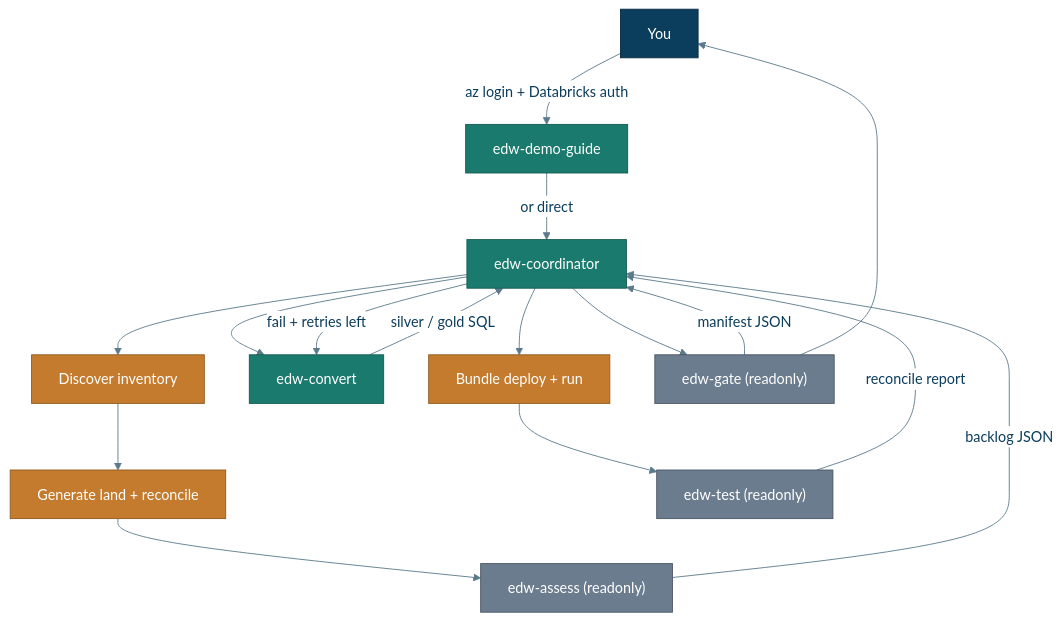
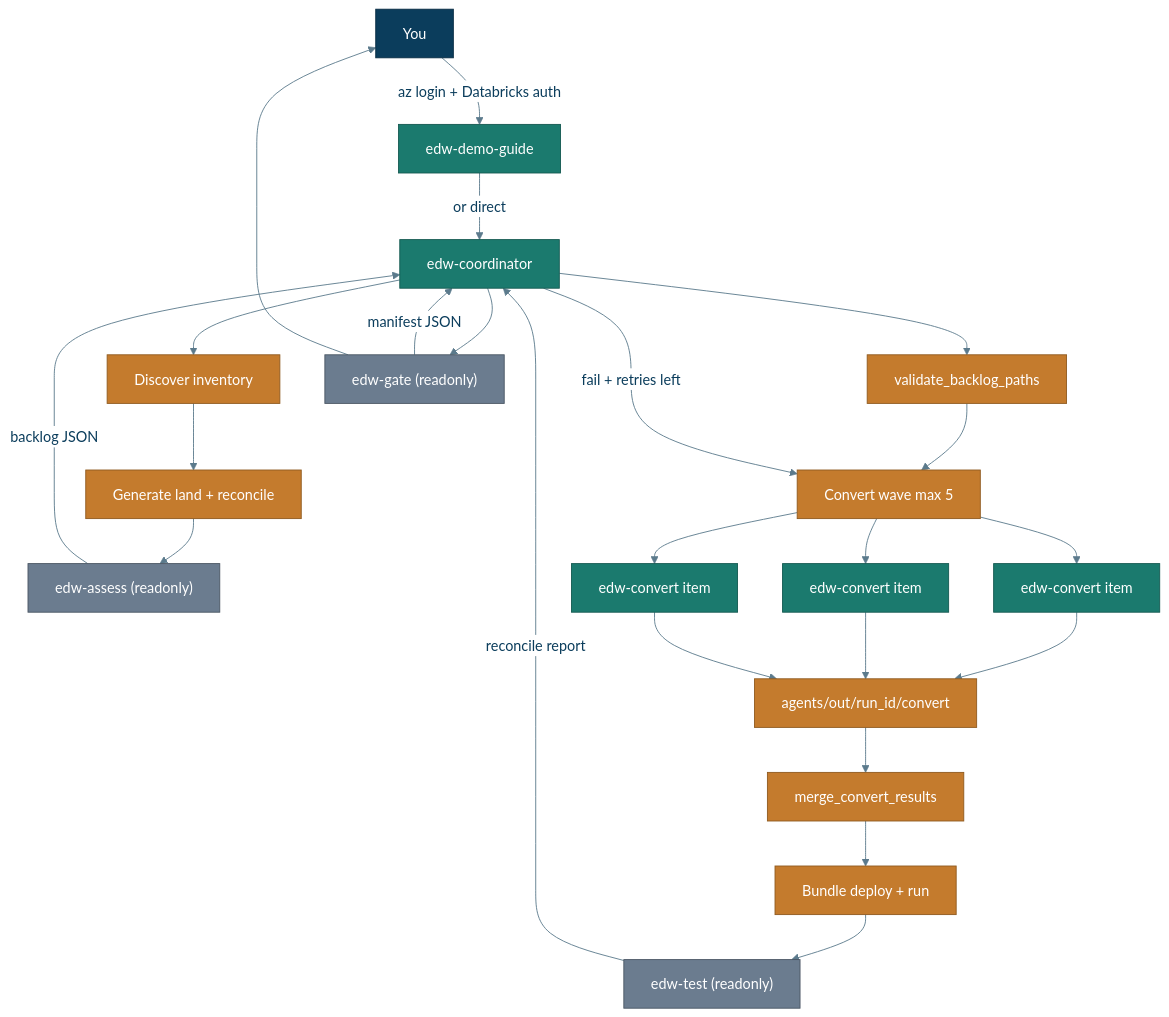
Before and after one commit to Jericho2010/edwmigration: the diagram in docs/img/agent_delegation.mmd, drawn with Mermaid. The commit also changed 56 other files, not shown here.

First line of the commit message:
Add parallel Convert fan-out, kickoff-first preflight, and path guards.

```diff
--- a/docs/img/agent_delegation.mmd
+++ b/docs/img/agent_delegation.mmd
@@ -1,27 +1,34 @@
 %%{init: {"theme":"base","themeVariables":{"primaryColor":"#E8F1F8","primaryTextColor":"#0B3D5C","primaryBorderColor":"#0B3D5C","lineColor":"#5B7A8C","secondaryColor":"#E6F4F1","tertiaryColor":"#F7F3EA","background":"#FFFFFF","mainBkg":"#E8F1F8","clusterBkg":"#F7FAFC","clusterBorder":"#5B7A8C","titleColor":"#0B3D5C","edgeLabelBackground":"#FFFFFF"}}}%%
 flowchart TD
   User["You"] -->|"az login + Databricks auth"| Guide["edw-demo-guide"]
   Guide -->|"or direct"| Coord["edw-coordinator"]
   Coord --> Discover["Discover inventory"]
   Discover --> Generate["Generate land + reconcile"]
   Generate --> Assess["edw-assess (readonly)"]
   Assess -->|"backlog JSON"| Coord
-  Coord --> Convert["edw-convert"]
-  Convert -->|"silver / gold SQL"| Coord
-  Coord --> DeployRun["Bundle deploy + run"]
+  Coord --> Validate["validate_backlog_paths"]
+  Validate --> Wave["Convert wave max 5"]
+  Wave --> C1["edw-convert item"]
+  Wave --> C2["edw-convert item"]
+  Wave --> Cn["edw-convert item"]
+  C1 --> Results["agents/out/run_id/convert"]
+  C2 --> Results
+  Cn --> Results
+  Results --> Merge["merge_convert_results"]
+  Merge --> DeployRun["Bundle deploy + run"]
   DeployRun --> Test["edw-test (readonly)"]
   Test -->|"reconcile report"| Coord
   Coord --> Gate["edw-gate (readonly)"]
   Gate -->|"manifest JSON"| Coord
-  Coord -->|"fail + retries left"| Convert
+  Coord -->|"fail + retries left"| Wave
   Gate --> User
 
   classDef user fill:#0B3D5C,stroke:#082C43,color:#fff
   classDef agent fill:#1B7A6E,stroke:#145A51,color:#fff
   classDef readonly fill:#6B7C8F,stroke:#4A5663,color:#fff
   classDef work fill:#C47B2D,stroke:#8F5A1F,color:#fff
 
   class User user
-  class Guide,Coord,Convert agent
+  class Guide,Coord,C1,C2,Cn agent
   class Assess,Test,Gate readonly
-  class Discover,Generate,DeployRun work
+  class Discover,Generate,DeployRun,Validate,Merge,Wave,Results work
```
